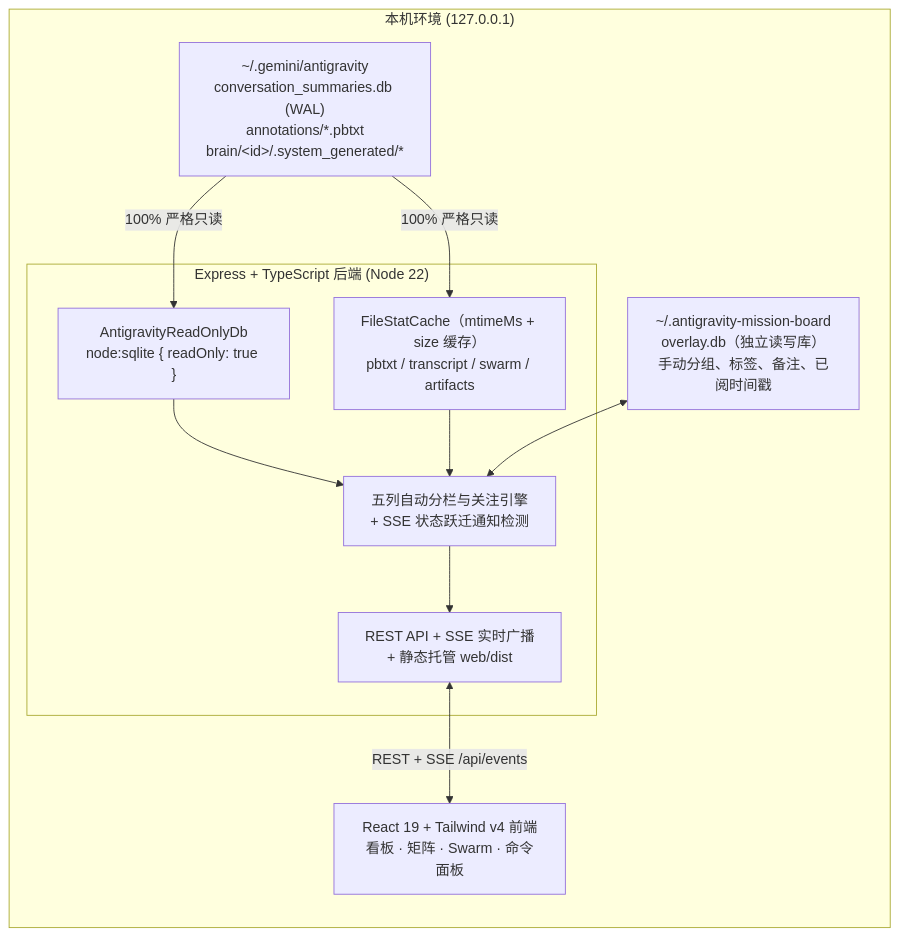
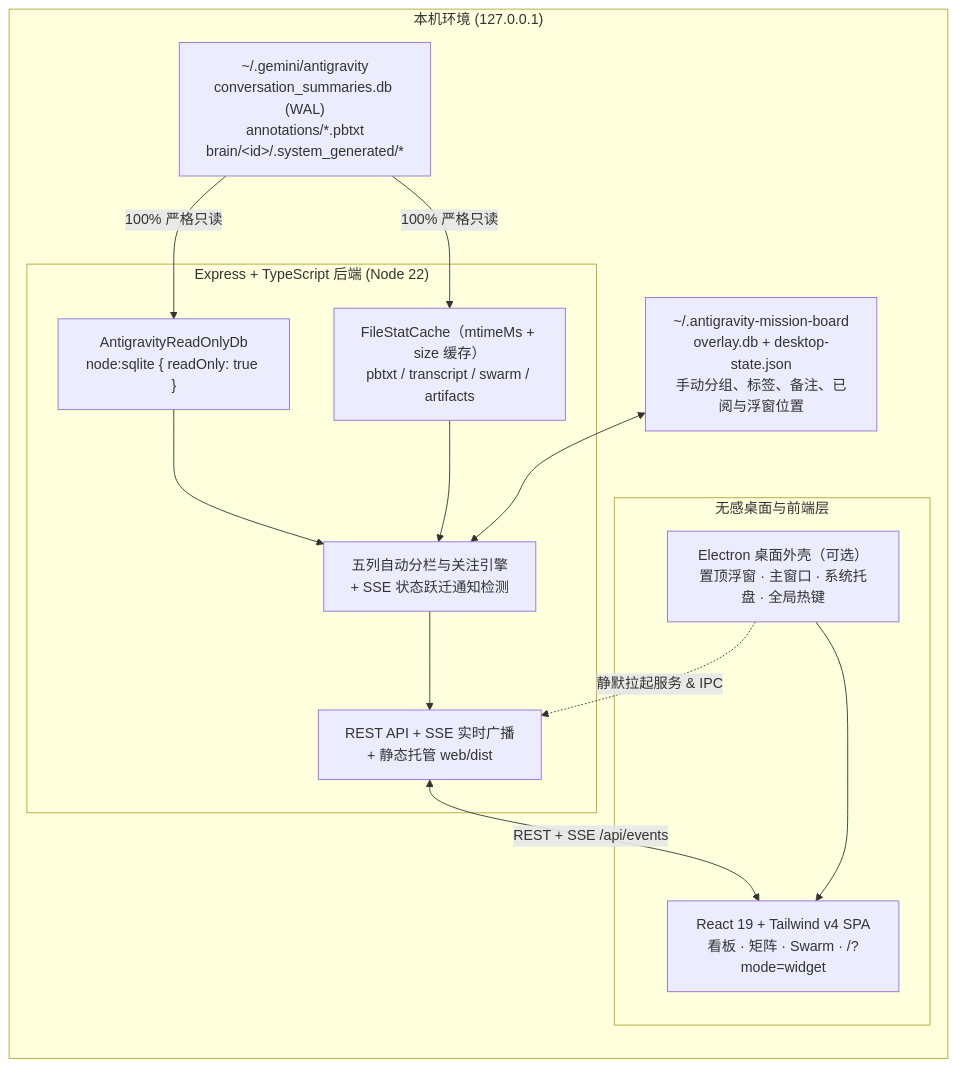
The diagram in README.zh-CN.md (Lovlace777/antigravity-mission-board), drawn with Mermaid before and after one commit. The commit also changed other lines of this file and 52 other files, not shown here.

Commit message:
feat(v2.0.0): de-AI warm editorial redesign, desktop floating widget & zero-terminal tray app

````diff
--- a/README.zh-CN.md
+++ b/README.zh-CN.md
@@ -143,24 +165,29 @@
 ```mermaid
 flowchart LR
     subgraph Local["本机环境 (127.0.0.1)"]
         AG["~/.gemini/antigravity<br/>conversation_summaries.db (WAL)<br/>annotations/*.pbtxt<br/>brain/&lt;id&gt;/.system_generated/*"]
-        OV["~/.antigravity-mission-board<br/>overlay.db（独立读写库）<br/>手动分组、标签、备注、已阅时间戳"]
+        OV["~/.antigravity-mission-board<br/>overlay.db + desktop-state.json<br/>手动分组、标签、备注、已阅与浮窗位置"]
 
         subgraph Server["Express + TypeScript 后端 (Node 22)"]
             DB["AntigravityReadOnlyDb<br/>node:sqlite { readOnly: true }"]
             CACHE["FileStatCache（mtimeMs + size 缓存）<br/>pbtxt / transcript / swarm / artifacts"]
             CLS["五列自动分栏与关注引擎<br/>+ SSE 状态跃迁通知检测"]
             API["REST API + SSE 实时广播<br/>+ 静态托管 web/dist"]
         end
 
-        UI["React 19 + Tailwind v4 前端<br/>看板 · 矩阵 · Swarm · 命令面板"]
+        subgraph Clients["无感桌面与前端层"]
+            DESK["Electron 桌面外壳（可选）<br/>置顶浮窗 · 主窗口 · 系统托盘 · 全局热键"]
+            UI["React 19 + Tailwind v4 SPA<br/>看板 · 矩阵 · Swarm · /?mode=widget"]
+        end
     end
 
     AG -- "100% 严格只读" --> DB
     AG -- "100% 严格只读" --> CACHE
     DB --> CLS
     CACHE --> CLS
     OV <--> CLS
     CLS --> API
+    DESK -. "静默拉起服务 & IPC" .-> API
     API <-- "REST + SSE /api/events" --> UI
+    DESK --> UI
 ```
````
